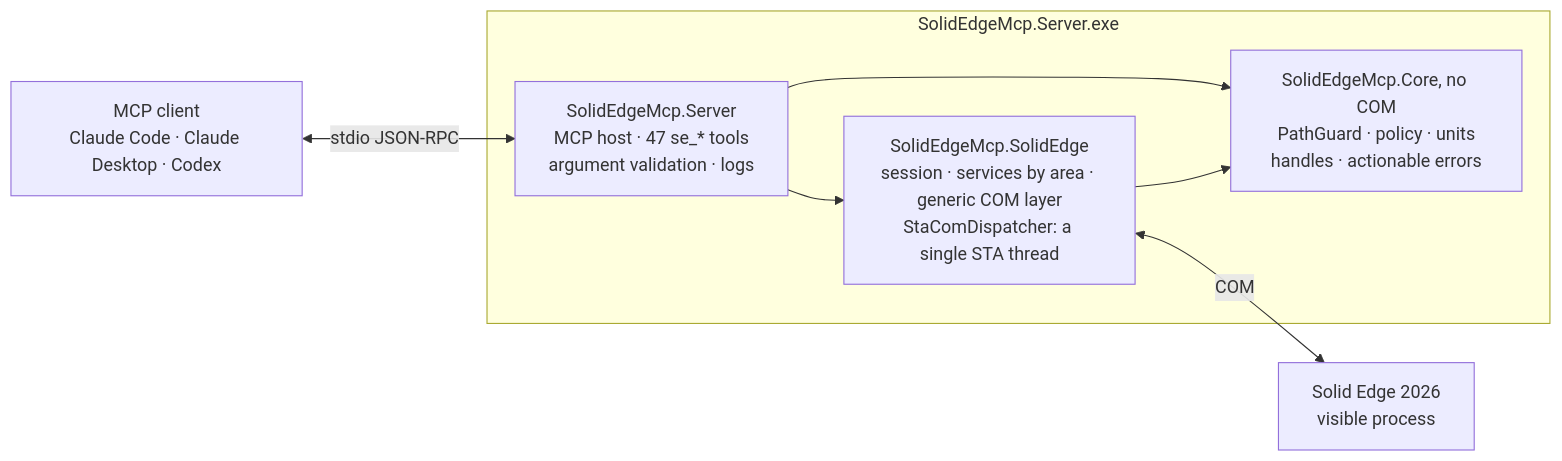
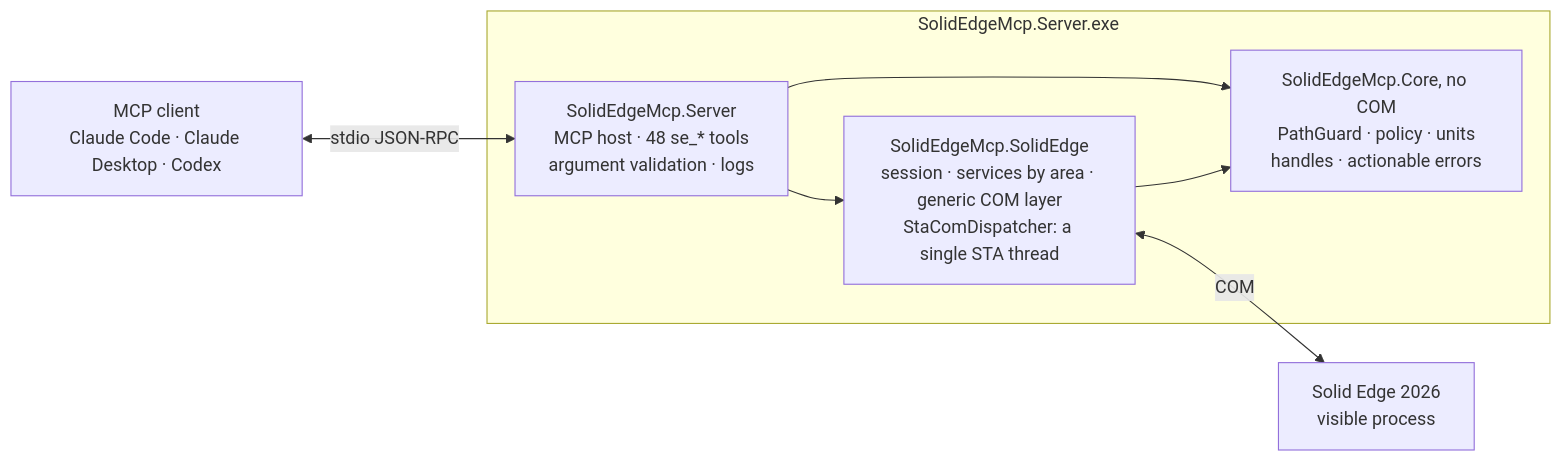
Before and after one commit to gabichuuuuu/solid-edge-mcp: the diagram in README.md, drawn with Mermaid. The commit also changed other lines of this file and 8 other files, not shown here.

````diff
--- a/README.md
+++ b/README.md
@@ -144,18 +145,18 @@
 ```mermaid
 flowchart LR
     client["MCP client<br/>Claude Code · Claude Desktop · Codex"]
 
     subgraph exe ["SolidEdgeMcp.Server.exe"]
-        server["SolidEdgeMcp.Server<br/>MCP host · 47 se_* tools<br/>argument validation · logs"]
+        server["SolidEdgeMcp.Server<br/>MCP host · 48 se_* tools<br/>argument validation · logs"]
         se["SolidEdgeMcp.SolidEdge<br/>session · services by area · generic COM layer<br/>StaComDispatcher: a single STA thread"]
         core["SolidEdgeMcp.Core, no COM<br/>PathGuard · policy · units<br/>handles · actionable errors"]
         server --> se
         server --> core
         se --> core
     end
 
     app["Solid Edge 2026<br/>visible process"]
 
     client <-->|stdio JSON-RPC| server
     se <-->|COM| app
 ```
````
